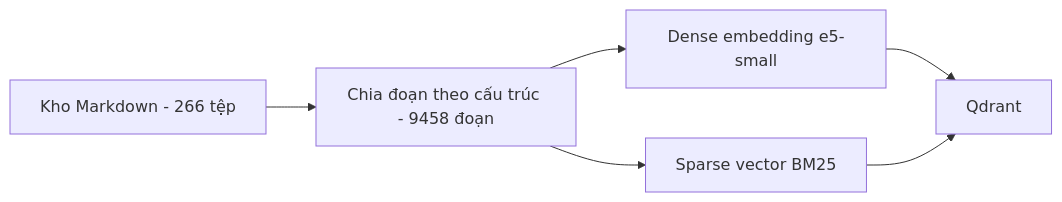
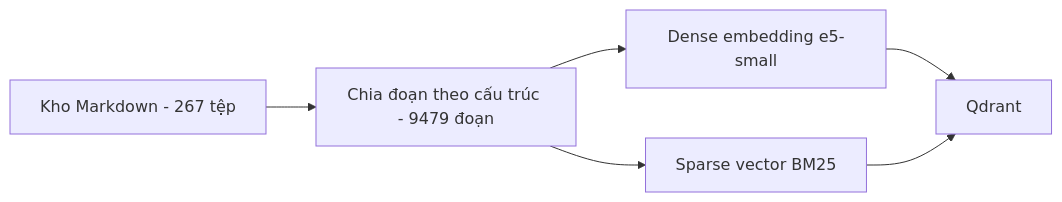
The first of 2 diagrams in README.md (Sunny-sunnyy/chatbot-hue), drawn with Mermaid before and after one commit. The commit also changed other lines of this file and 5 other files, not shown here.

````diff
--- a/README.md
+++ b/README.md
@@ -61,8 +61,8 @@
 ```mermaid
 flowchart LR
-    A[Kho Markdown - 266 tệp] --> B[Chia đoạn theo cấu trúc - 9458 đoạn]
+    A[Kho Markdown - 267 tệp] --> B[Chia đoạn theo cấu trúc - 9479 đoạn]
     B --> C[Dense embedding e5-small]
     B --> D[Sparse vector BM25]
     C --> E[Qdrant]
     D --> E
 ```
````
